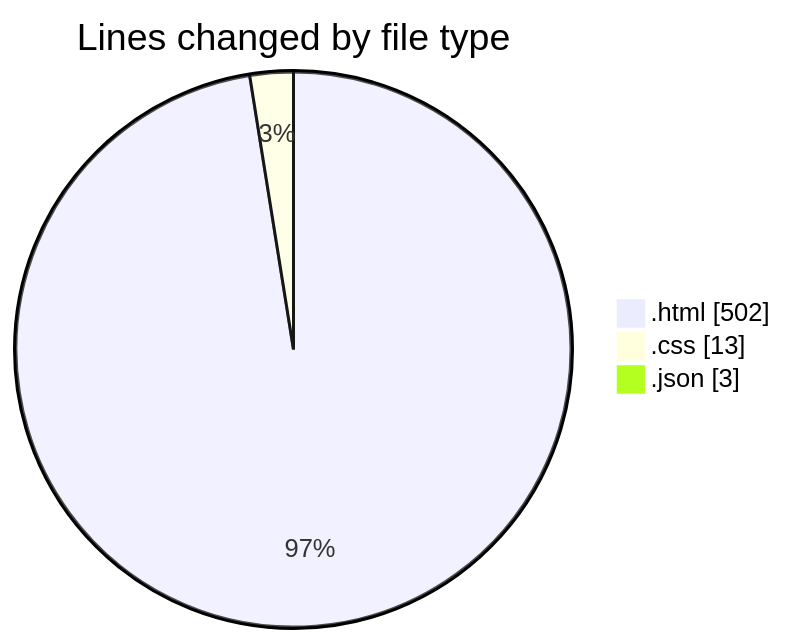
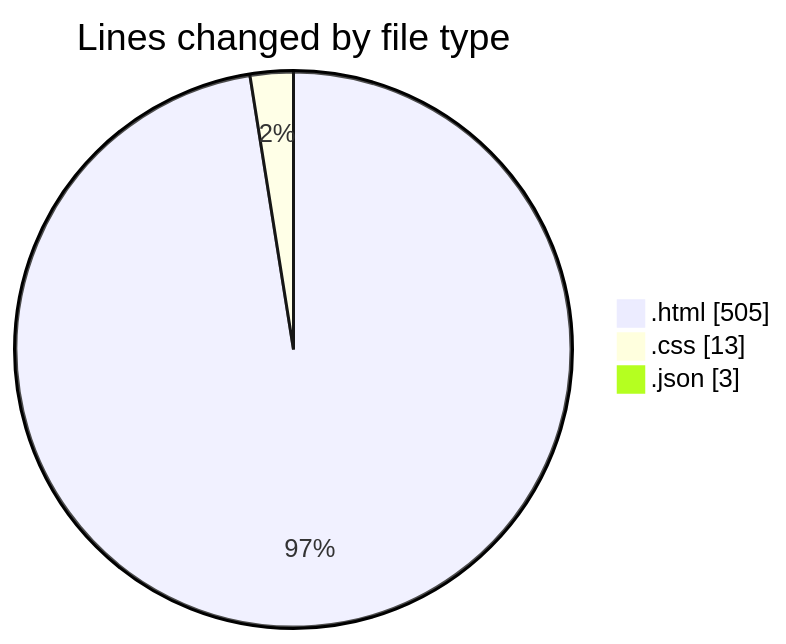
Before and after one commit to hasnaa123/code-tracking: the first of 2 diagrams in 2025-12-11/technologie_web/README.md, drawn with Mermaid. The commit also changed other lines of this file and 1 other file, not shown here.

````diff
--- a/2025-12-11/technologie_web/README.md
+++ b/2025-12-11/technologie_web/README.md
@@ -23,7 +23,7 @@
 ```mermaid
 pie showData
 title Lines changed by file type
-".html" : 502
+".html" : 505
 ".css" : 13
 ".json" : 3
 ```
````
